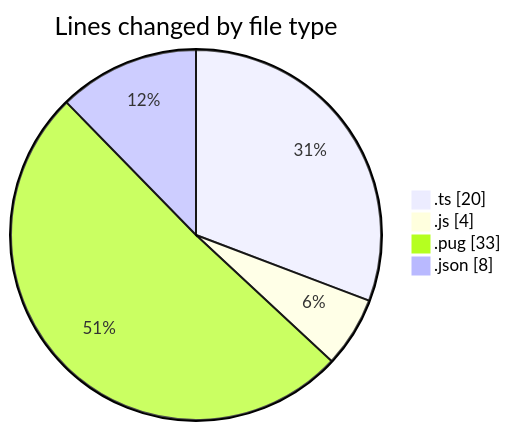
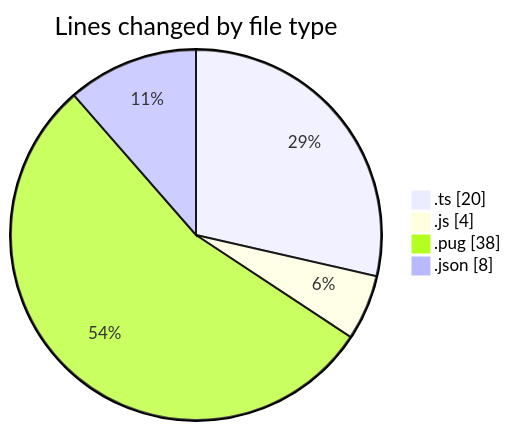
The first of 2 diagrams in 2025-02-25/cda/README.md (momahboobian/code-tracking), drawn with Mermaid before and after one commit. The commit also changed other lines of this file and 1 other file, not shown here.

````diff
--- a/2025-02-25/cda/README.md
+++ b/2025-02-25/cda/README.md
@@ -24,8 +24,8 @@
 ```mermaid
 pie showData
 title Lines changed by file type
 ".ts" : 20
 ".js" : 4
-".pug" : 33
+".pug" : 38
 ".json" : 8
 ```
````
